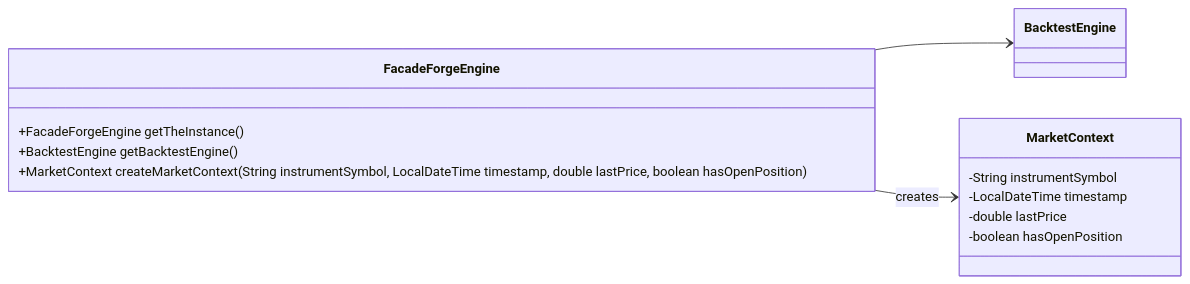
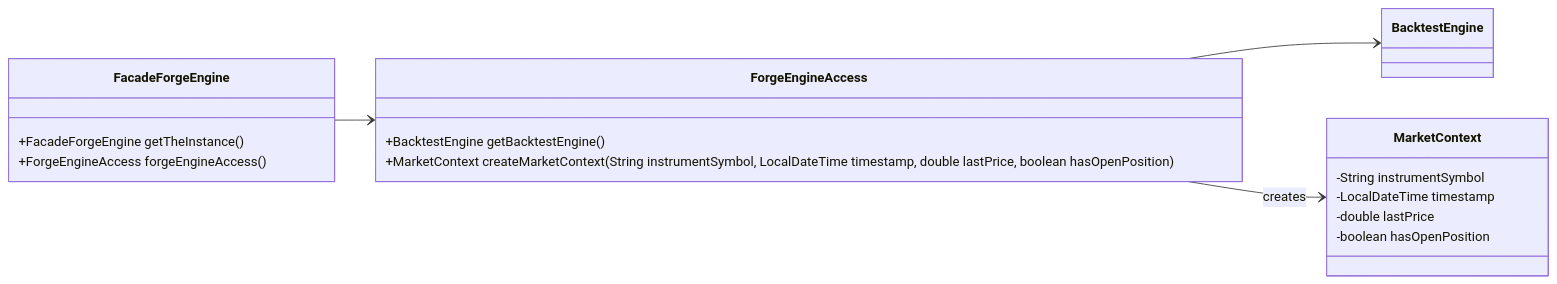
Before and after one commit to probst-paul/FORGE: the ninth of 13 diagrams in class-model.md, drawn with Mermaid. The commit also changed other lines of this file and 16 other files, not shown here.

First line of the commit message:
Add Forge*Access facades and refactor facades

````diff
--- a/class-model.md
+++ b/class-model.md
@@ -418,22 +456,27 @@
 ```mermaid
 classDiagram
     direction LR
 
     class FacadeForgeEngine {
         +FacadeForgeEngine getTheInstance()
+        +ForgeEngineAccess forgeEngineAccess()
+    }
+
+    class ForgeEngineAccess {
         +BacktestEngine getBacktestEngine()
         +MarketContext createMarketContext(String instrumentSymbol, LocalDateTime timestamp, double lastPrice, boolean hasOpenPosition)
     }
 
     class BacktestEngine
 
     class MarketContext {
         -String instrumentSymbol
         -LocalDateTime timestamp
         -double lastPrice
         -boolean hasOpenPosition
     }
 
-    FacadeForgeEngine --> BacktestEngine
-    FacadeForgeEngine --> MarketContext : creates
+    FacadeForgeEngine --> ForgeEngineAccess
+    ForgeEngineAccess --> BacktestEngine
+    ForgeEngineAccess --> MarketContext : creates
 ```
````
